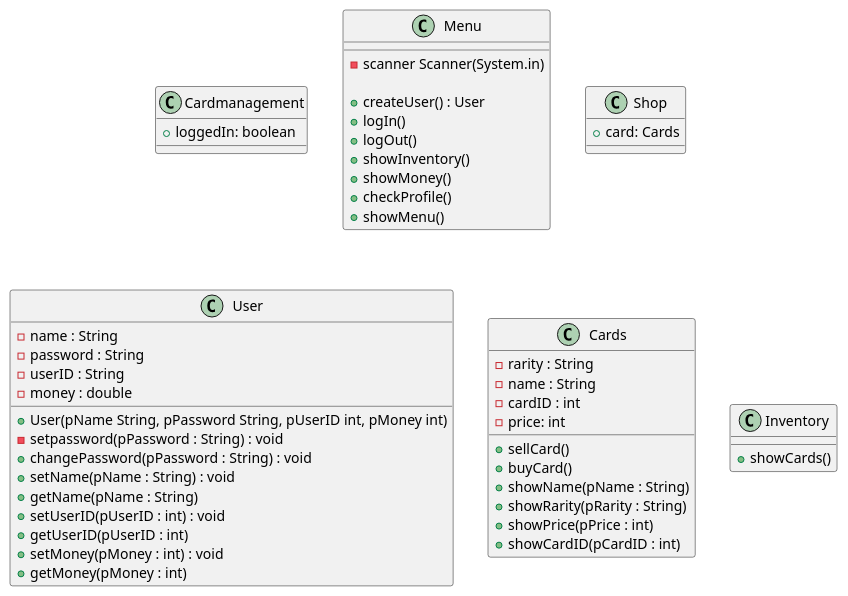
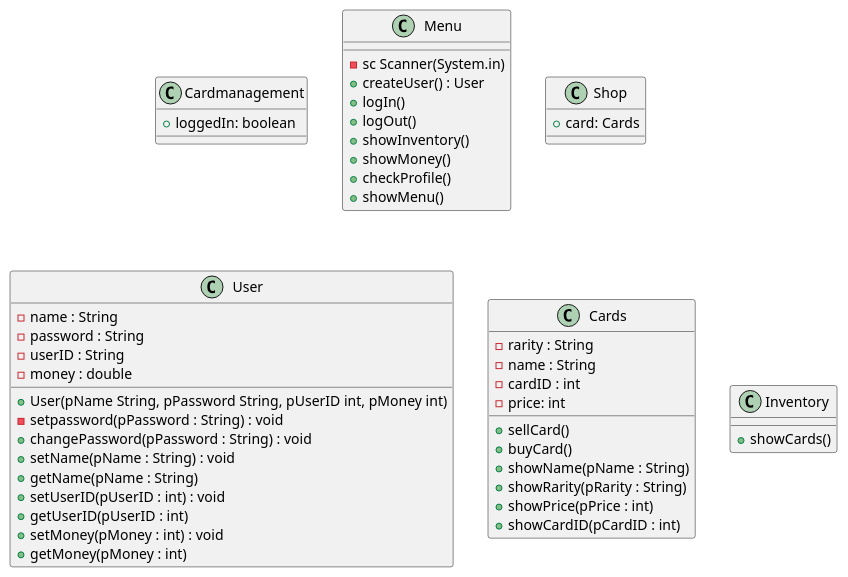
The diagram in Docs/Pflichtenheft/Diagramme/Klassendiagramm-Card.iuml (HEBK-BGM/Verwaltungssoftware_Team_4), drawn with PlantUML before and after one commit.

Commit message:
[ADD] Klassendiagramm (ohne Beziehungen)

```diff
--- a/Docs/Pflichtenheft/Diagramme/Klassendiagramm-Card.iuml
+++ b/Docs/Pflichtenheft/Diagramme/Klassendiagramm-Card.iuml
@@ -1,77 +1,79 @@
+@startuml Klassendiagramm
+
 class Cardmanagement{
     +loggedIn: boolean
 
 
 
 }
 
 
 
 class Menu{
-    -scanner Scanner(System.in)
-    
+    -sc Scanner(System.in)
     +createUser() : User
     +logIn()
     +logOut()
     +showInventory()
     +showMoney()
     +checkProfile()
     +showMenu()
 
 
 }
 
 
 
 
 class Shop{
     + card: Cards
 
 }
 
 
 
 
 class User{
     -name : String
     -password : String
     -userID : String
     -money : double
 
 
     + User(pName String, pPassword String, pUserID int, pMoney int)
     -setpassword(pPassword : String) : void
     +changePassword(pPassword : String) : void
     +setName(pName : String) : void 
     +getName(pName : String)  
     +setUserID(pUserID : int) : void
     +getUserID(pUserID : int) 
     +setMoney(pMoney : int) : void
     +getMoney(pMoney : int) 
 
 }
 
 
 
 
 class Cards{
     -rarity : String
     -name : String
     -cardID : int
     -price: int
 
     +sellCard()
     +buyCard()
     +showName(pName : String)
     +showRarity(pRarity : String)
     +showPrice(pPrice : int)
     +showCardID(pCardID : int)
 
 }
 
 
 
 class Inventory{
 
 +showCards()
 }
+@enduml
```
